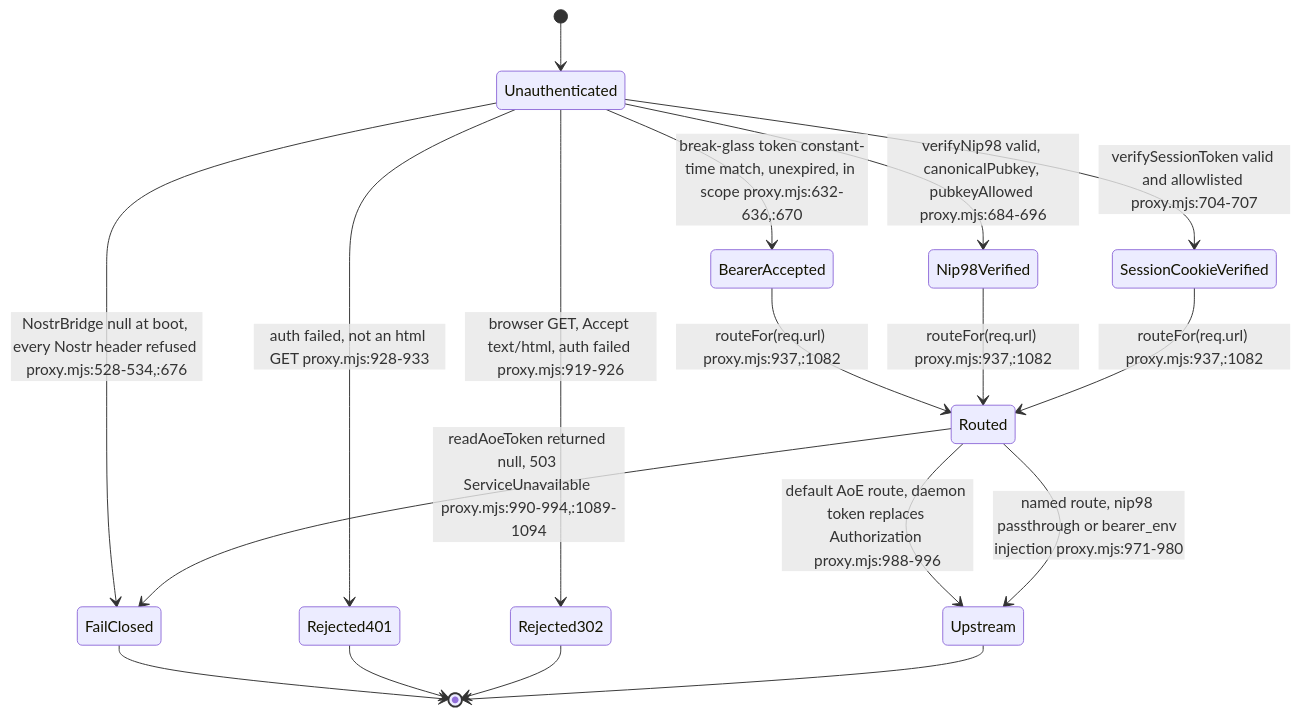
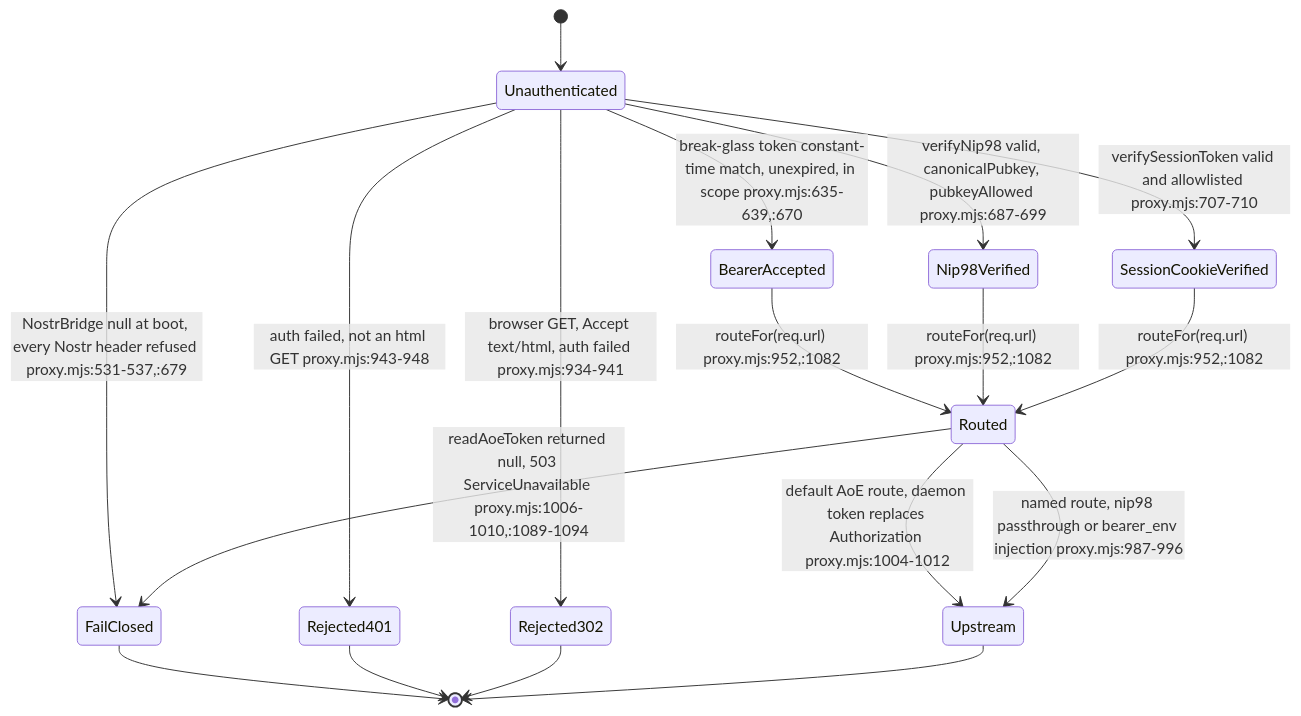
Before and after one commit to DreamLab-AI/VisionFlow: the fifth of 15 diagrams in docs/diagrams/agentbox/10-ingress-nip98-proxy-and-aoe.md, drawn with Mermaid. The commit also changed other lines of this file and 28 other files, not shown here.

````diff
--- a/docs/diagrams/agentbox/10-ingress-nip98-proxy-and-aoe.md
+++ b/docs/diagrams/agentbox/10-ingress-nip98-proxy-and-aoe.md
@@ -252,20 +252,20 @@
 ```mermaid
 stateDiagram-v2
     [*] --> Unauthenticated
-    Unauthenticated --> BearerAccepted: break-glass token constant-time match, unexpired, in scope proxy.mjs:632-636,:670
-    Unauthenticated --> Nip98Verified: verifyNip98 valid, canonicalPubkey, pubkeyAllowed proxy.mjs:684-696
-    Unauthenticated --> SessionCookieVerified: verifySessionToken valid and allowlisted proxy.mjs:704-707
-    Unauthenticated --> Rejected302: browser GET, Accept text/html, auth failed proxy.mjs:919-926
-    Unauthenticated --> Rejected401: auth failed, not an html GET proxy.mjs:928-933
-    Unauthenticated --> FailClosed: NostrBridge null at boot, every Nostr header refused proxy.mjs:528-534,:676
-    BearerAccepted --> Routed: routeFor(req.url) proxy.mjs:937,:1082
-    Nip98Verified --> Routed: routeFor(req.url) proxy.mjs:937,:1082
-    SessionCookieVerified --> Routed: routeFor(req.url) proxy.mjs:937,:1082
-    Routed --> Upstream: default AoE route, daemon token replaces Authorization proxy.mjs:988-996
-    Routed --> Upstream: named route, nip98 passthrough or bearer_env injection proxy.mjs:971-980
-    Routed --> FailClosed: readAoeToken returned null, 503 ServiceUnavailable proxy.mjs:990-994,:1089-1094
+    Unauthenticated --> BearerAccepted: break-glass token constant-time match, unexpired, in scope proxy.mjs:635-639,:670
+    Unauthenticated --> Nip98Verified: verifyNip98 valid, canonicalPubkey, pubkeyAllowed proxy.mjs:687-699
+    Unauthenticated --> SessionCookieVerified: verifySessionToken valid and allowlisted proxy.mjs:707-710
+    Unauthenticated --> Rejected302: browser GET, Accept text/html, auth failed proxy.mjs:934-941
+    Unauthenticated --> Rejected401: auth failed, not an html GET proxy.mjs:943-948
+    Unauthenticated --> FailClosed: NostrBridge null at boot, every Nostr header refused proxy.mjs:531-537,:679
+    BearerAccepted --> Routed: routeFor(req.url) proxy.mjs:952,:1082
+    Nip98Verified --> Routed: routeFor(req.url) proxy.mjs:952,:1082
+    SessionCookieVerified --> Routed: routeFor(req.url) proxy.mjs:952,:1082
+    Routed --> Upstream: default AoE route, daemon token replaces Authorization proxy.mjs:1004-1012
+    Routed --> Upstream: named route, nip98 passthrough or bearer_env injection proxy.mjs:987-996
+    Routed --> FailClosed: readAoeToken returned null, 503 ServiceUnavailable proxy.mjs:1006-1010,:1089-1094
     FailClosed --> [*]
     Rejected401 --> [*]
     Rejected302 --> [*]
     Upstream --> [*]
 ```
````
